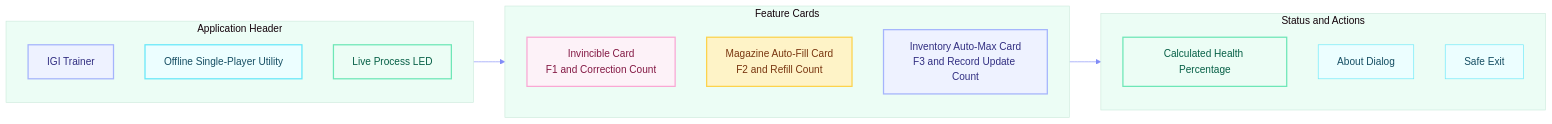
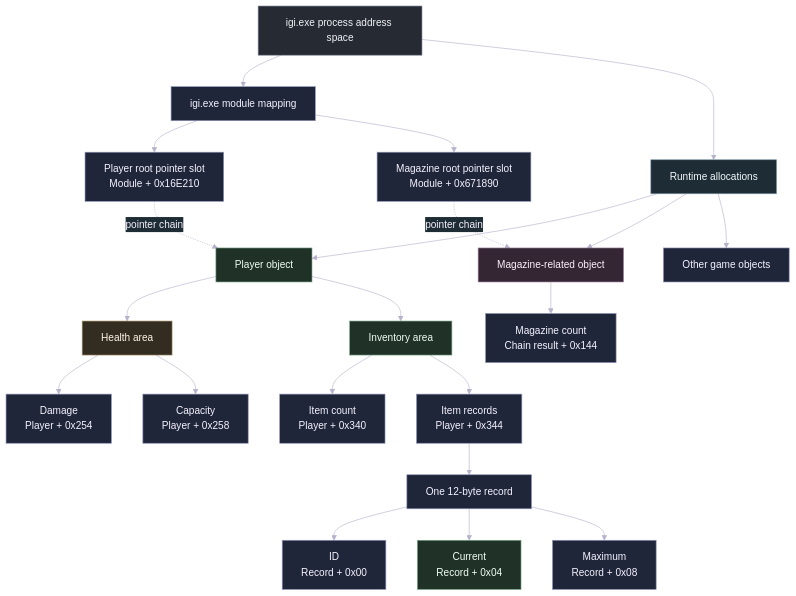
The second of 17 diagrams in README.md (Tanishq-JM/Project-IGI-Offline-Trainer), drawn with Mermaid before and after one commit. The commit also changed other lines of this file, not shown here.

````diff
--- a/README.md
+++ b/README.md
@@ -227,32 +164,43 @@
 ```mermaid
-%%{init: {'theme':'base', 'themeVariables': { 'primaryColor':'#ECFEFF','primaryTextColor':'#164E63','primaryBorderColor':'#67E8F9','lineColor':'#818CF8','secondaryColor':'#EEF2FF','tertiaryColor':'#ECFDF5'}}}%%
-graph LR
-    subgraph Header[Application Header]
-        Brand[IGI Trainer]
-        Scope[Offline Single-Player Utility]
-        ProcessLED[Live Process LED]
-    end
+%%{init: {'theme':'base', 'themeVariables': {'background':'#0F1117','primaryColor':'#20263A','primaryTextColor':'#F6F3FF','primaryBorderColor':'#8E93B8','lineColor':'#B7B2CC','secondaryColor':'#1D2C35','secondaryTextColor':'#F3FAFC','secondaryBorderColor':'#7E9BAA','tertiaryColor':'#342633','tertiaryTextColor':'#FFF2FB','tertiaryBorderColor':'#A17F9D','fontFamily':'Segoe UI'}}}%%
+flowchart TD
+    Process["igi.exe process address space"]
 
-    subgraph Cards[Feature Cards]
-        Invincible[Invincible Card<br/>F1 and Correction Count]
-        Magazine[Magazine Auto-Fill Card<br/>F2 and Refill Count]
-        Inventory[Inventory Auto-Max Card<br/>F3 and Record Update Count]
-    end
+    Process --> Module["igi.exe module mapping"]
+    Process --> Runtime["Runtime allocations"]
 
-    subgraph Footer[Status and Actions]
-        Health[Calculated Health Percentage]
-        About[About Dialog]
-        Exit[Safe Exit]
-    end
+    Module --> PlayerRoot["Player root pointer slot<br/>Module + 0x16E210"]
+    Module --> MagazineRoot["Magazine root pointer slot<br/>Module + 0x671890"]
 
-    Header --> Cards
-    Cards --> Footer
+    Runtime --> PlayerObject["Player object"]
+    Runtime --> MagazineObject["Magazine-related object"]
+    Runtime --> OtherObjects["Other game objects"]
 
-    style Brand fill:#EEF2FF,stroke:#A5B4FC,stroke-width:2px,color:#312E81
-    style Scope fill:#ECFEFF,stroke:#67E8F9,stroke-width:2px,color:#164E63
-    style ProcessLED fill:#ECFDF5,stroke:#6EE7B7,stroke-width:2px,color:#065F46
-    style Invincible fill:#FDF2F8,stroke:#F9A8D4,stroke-width:2px,color:#831843
-    style Magazine fill:#FEF3C7,stroke:#FCD34D,stroke-width:2px,color:#78350F
-    style Inventory fill:#EEF2FF,stroke:#A5B4FC,stroke-width:2px,color:#312E81
-    style Health fill:#ECFDF5,stroke:#6EE7B7,stroke-width:2px,color:#065F46
+    PlayerObject --> HealthArea["Health area"]
+    PlayerObject --> InventoryArea["Inventory area"]
+
+    HealthArea --> Damage["Damage<br/>Player + 0x254"]
+    HealthArea --> Capacity["Capacity<br/>Player + 0x258"]
+
+    InventoryArea --> Count["Item count<br/>Player + 0x340"]
+    InventoryArea --> Records["Item records<br/>Player + 0x344"]
+
+    Records --> Record["One 12-byte record"]
+    Record --> ID["ID<br/>Record + 0x00"]
+    Record --> Current["Current<br/>Record + 0x04"]
+    Record --> Maximum["Maximum<br/>Record + 0x08"]
+
+    MagazineObject --> Magazine["Magazine count<br/>Chain result + 0x144"]
+
+    PlayerRoot -. "pointer chain" .-> PlayerObject
+    MagazineRoot -. "pointer chain" .-> MagazineObject
+
+    style Process fill:#252A33,stroke:#777F91,color:#F1F3F7
+    style Module fill:#20263A,stroke:#8E93B8,color:#F6F3FF
+    style Runtime fill:#1D2C35,stroke:#7E9BAA,color:#F3FAFC
+    style PlayerObject fill:#203127,stroke:#79A68A,color:#F0FFF5
+    style MagazineObject fill:#342633,stroke:#A17F9D,color:#FFF2FB
+    style HealthArea fill:#332C20,stroke:#AA946D,color:#FFF7E8
+    style InventoryArea fill:#203127,stroke:#79A68A,color:#F0FFF5
+    style Current fill:#203127,stroke:#79A68A,color:#F0FFF5
 ```
````
